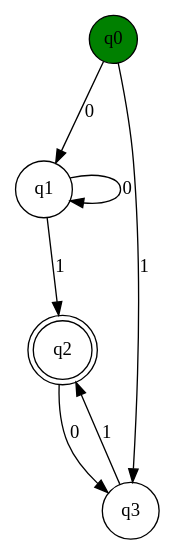
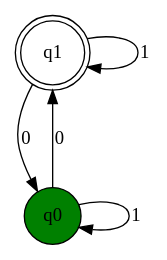
The diagram in src/graph_layout.dot (emmett511/AutomataSim), drawn with Graphviz before and after one commit. The commit also changed 7 other files, not shown here.

```diff
--- a/src/graph_layout.dot
+++ b/src/graph_layout.dot
@@ -1,47 +1,31 @@
 digraph {
-	graph [bb="0,0,104.26,384.02",
+	graph [bb="0,0,91.012,163.02",
 		nodesep=0.5,
 		overlap=false,
 		ranksep=0.8,
 		splines=true
 	];
 	node [label="\N"];
-	q1	[height=0.5592,
-		pos="20.131,253.39",
-		shape=circle,
-		width=0.5592];
-	q1 -> q1	[label=0,
-		lp="79.637,253.39",
-		pos="e,38.819,244.77 38.819,262.02 56.72,266.64 76.262,263.76 76.262,253.39 76.262,245.21 64.095,241.7 50.167,242.85"];
-	q2	[fixedsize=true,
-		height=0.61111,
-		pos="36.131,136.76",
+	q1	[height=0.67031,
+		pos="24.131,138.89",
 		shape=doublecircle,
-		width=0.61111];
-	q1 -> q2	[label=1,
-		lp="32.464,196.01",
-		pos="e,33.186,158.86 22.845,232.95 25.245,215.75 28.794,190.33 31.62,170.08"];
-	q3	[height=0.5592,
-		pos="84.131,20.131",
-		shape=circle,
-		width=0.5592];
-	q3 -> q2	[label=1,
-		lp="66.38,77.512",
-		pos="e,44.383,116.06 76.618,39.073 69.163,56.878 57.599,84.494 48.735,105.66"];
-	q2 -> q3	[label=0,
-		lp="42.756,77.512",
-		pos="e,68.271,33.134 33.543,114.57 32.756,101.09 33.365,83.535 39.381,69.262 43.92,58.494 51.99,48.638 60.04,40.687"];
+		width=0.67031];
+	q1 -> q1	[label=1,
+		lp="87.637,138.89",
+		pos="e,46.646,129.07 46.646,148.72 65.099,152.78 84.262,149.5 84.262,138.89 84.262,130.44 72.093,126.64 57.812,127.5"];
 	q0	[fillcolor=green,
-		fixedsize=true,
-		height=0.5,
-		pos="70.131,366.02",
+		height=0.5592,
+		pos="24.131,20.131",
 		shape=circle,
 		style=filled,
-		width=0.5];
+		width=0.5592];
+	q1 -> q0	[label=0,
+		lp="11.756,77.512",
+		pos="e,16.759,39.08 14.837,116.4 10.107,102.95 5.8401,85.198 8.3811,69.262 9.4022,62.859 11.142,56.15 13.102,49.844"];
 	q0 -> q1	[label=0,
-		lp="51.5,310.77",
-		pos="e,28.108,272.04 62.967,349.17 55.103,331.77 42.326,303.5 32.769,282.36"];
-	q0 -> q3	[label=1,
-		lp="90.07,196.01",
-		pos="e,84.957,40.481 73.281,347.9 76.483,329.57 81.235,299.61 83.131,273.52 88.931,193.72 86.966,99.348 85.362,51.794"];
+		lp="27.506,77.512",
+		pos="e,24.131,114.26 24.131,40.473 24.131,57.401 24.131,82.412 24.131,102.85"];
+	q0 -> q0	[label=1,
+		lp="83.637,20.131",
+		pos="e,42.819,11.506 42.819,28.757 60.72,33.373 80.262,30.498 80.262,20.131 80.262,11.951 68.095,8.4356 54.167,9.5844"];
 }
```
